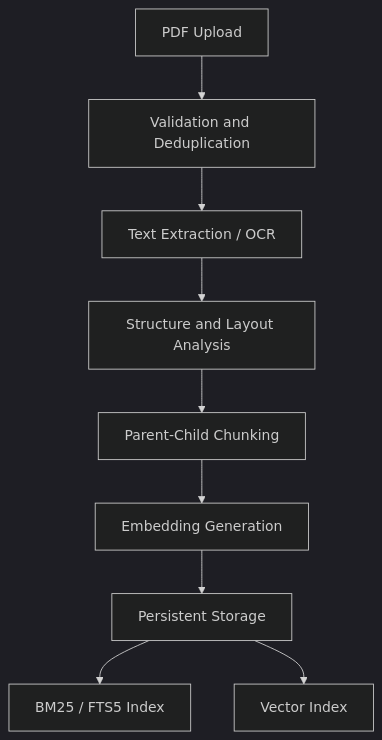
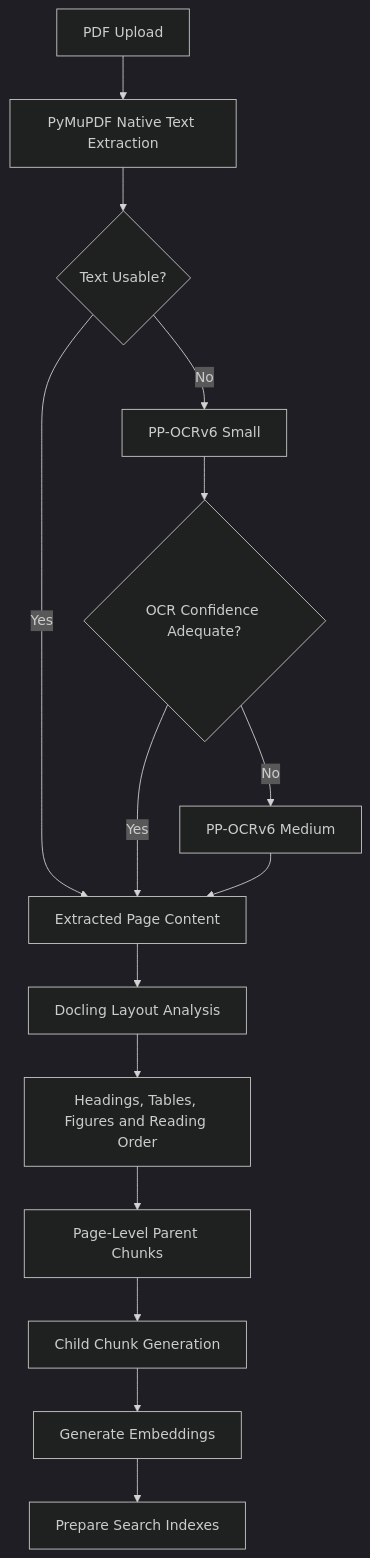
One commit to Butterfly222-kartiki/Pdf_agentic_rag changed the first of 3 diagrams in README.md. Above: the diagram before and after it, drawn with Mermaid (dark theme). The commit also changed other lines of this file, not shown here.

````diff
--- a/README.md
+++ b/README.md
@@ -42,11 +35,19 @@
 ```mermaid
 flowchart TD
-    A["PDF Upload"] --> B["Validation and Deduplication"]
-    B --> C["Text Extraction / OCR"]
-    C --> D["Structure and Layout Analysis"]
-    D --> E["Parent-Child Chunking"]
-    E --> F["Embedding Generation"]
-    F --> G["Persistent Storage"]
-    G --> H["BM25 / FTS5 Index"]
-    G --> I["Vector Index"]
+    A["PDF Upload"] --> B["PyMuPDF Native Text Extraction"]
+    B --> C{"Text Usable?"}
+
+    C -->|Yes| D["Extracted Page Content"]
+    C -->|No| E["PP-OCRv6 Small"]
+    E --> F{"OCR Confidence Adequate?"}
+    F -->|No| G["PP-OCRv6 Medium"]
+    F -->|Yes| D
+    G --> D
+
+    D --> H["Docling Layout Analysis"]
+    H --> I["Headings, Tables, Figures and Reading Order"]
+    I --> J["Page-Level Parent Chunks"]
+    J --> K["Child Chunk Generation"]
+    K --> L["Generate Embeddings"]
+    L --> M["Prepare Search Indexes"]
 ```
````
